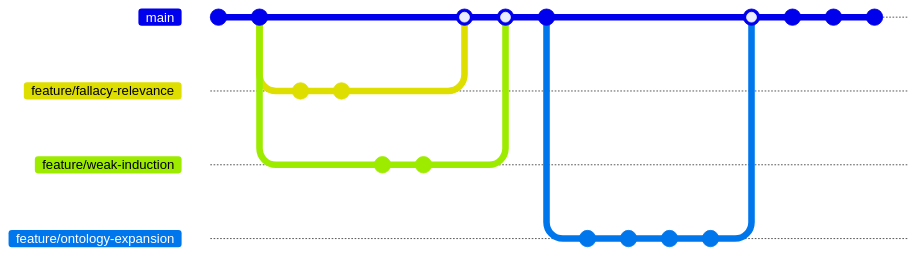
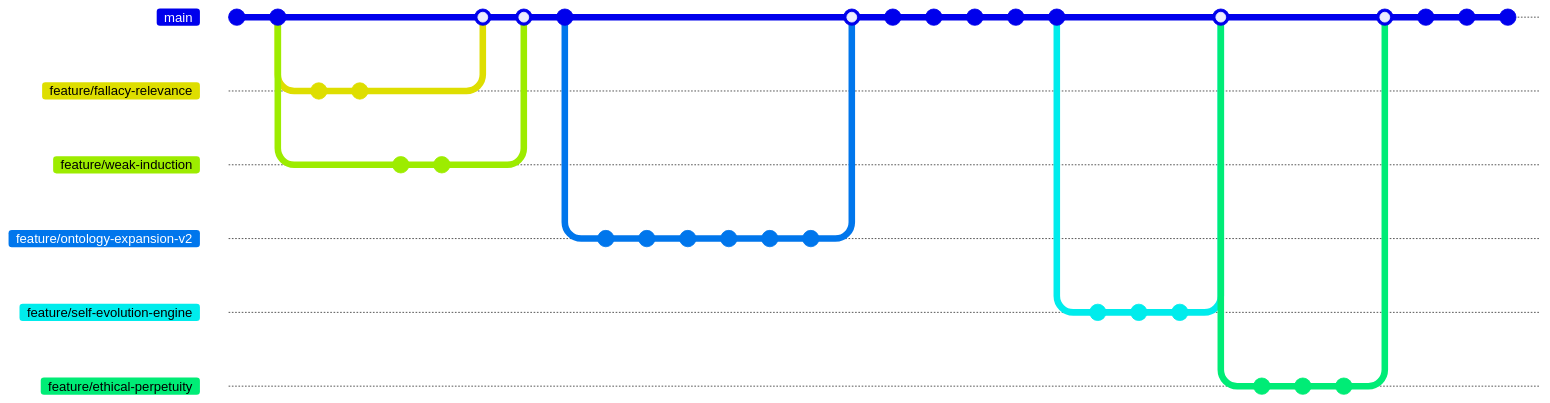
Before and after one commit to diplomat-bit/Citibank_Demo_Business_Inc_Demonstration-: the tenth of 10 diagrams in inventions/018_ai_debate_adversary/fallacy_ontology_spec.md, drawn with Mermaid. The commit also changed other lines of this file, not shown here. Commit ids are hidden.

Commit message:
[AI] Edit: inventions/018_ai_debate_adversary/fallacy_ontology_spec.md

````diff
--- a/inventions/018_ai_debate_adversary/fallacy_ontology_spec.md
+++ b/inventions/018_ai_debate_adversary/fallacy_ontology_spec.md
@@ -525,26 +689,45 @@
 ```mermaid
 gitGraph
     commit
     commit id: "Initial Ontology"
     branch feature/fallacy-relevance
     commit id: "AdHominem Heuristics"
     commit id: "StrawMan Heuristics"
     checkout main
     branch feature/weak-induction
     commit id: "HastyGen Heuristics"
     commit id: "SlipperySlope Heuristics"
     checkout main
     merge feature/fallacy-relevance
     merge feature/weak-induction
     commit id: "Confidence Scoring Model"
-    branch feature/ontology-expansion
+    branch feature/ontology-expansion-v2
     commit id: "Add Red Herring"
     commit id: "Add Begging the Question"
     commit id: "Formal Fallacies"
     commit id: "Ambiguity Fallacies"
+    commit id: "Sophistical & Epistemic Fallacies"
+    commit id: "Fallacy Complexes & Meta-Fallacies"
     checkout main
-    merge feature/ontology-expansion
+    merge feature/ontology-expansion-v2
     commit id: "Pedagogical Templates Refined"
     commit id: "Multi-Modal Conceptualization"
     commit id: "Ethical Guidelines Integrated"
+    commit id: "Argumentation Scheme Framework"
+    commit id: "User & Discourse Models"
+    branch feature/self-evolution-engine
+    commit id: "Self-Critique & Evolution Engine (SCEE) Design"
+    commit id: "Automated Heuristic Refinement (CLA)"
+    commit id: "Fallacy Hypothesis Generation (GAN/LLM)"
+    checkout main
+    merge feature/self-evolution-engine
+    branch feature/ethical-perpetuity
+    commit id: "Fairness-Auditing & Remediation Subsystem (FARS)"
+    commit id: "Epistemic Humility Module (EHM)"
+    commit id: "Deep XAI & Reasoning Trace"
+    checkout main
+    merge feature/ethical-perpetuity
+    commit id: "Conceptual Shift: SEAFI Core"
+    commit id: "Profound Introduction & Conclusion"
+    commit id: "Final Ontology Architecture"
 ```
````
